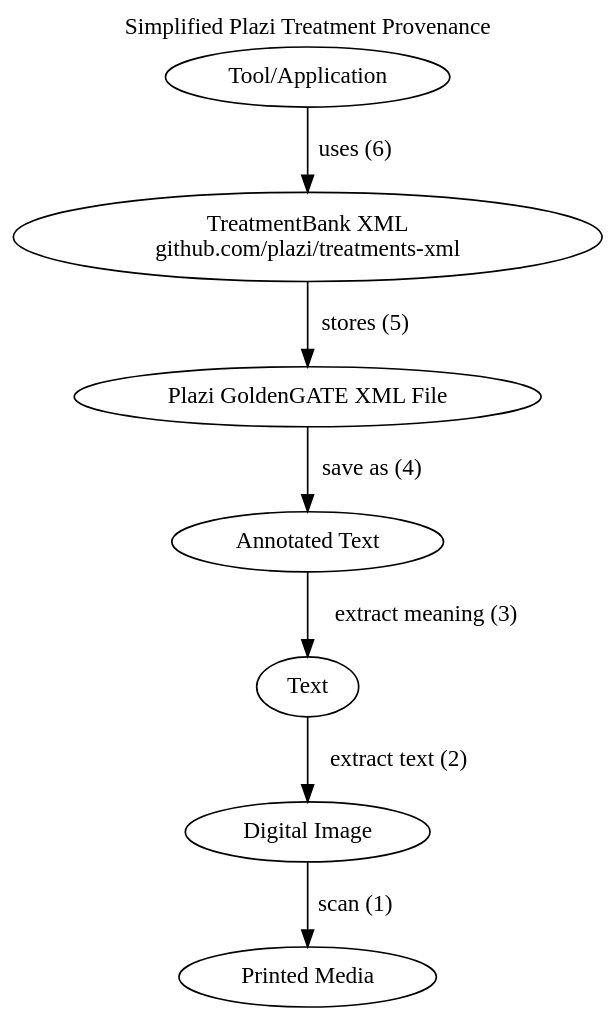
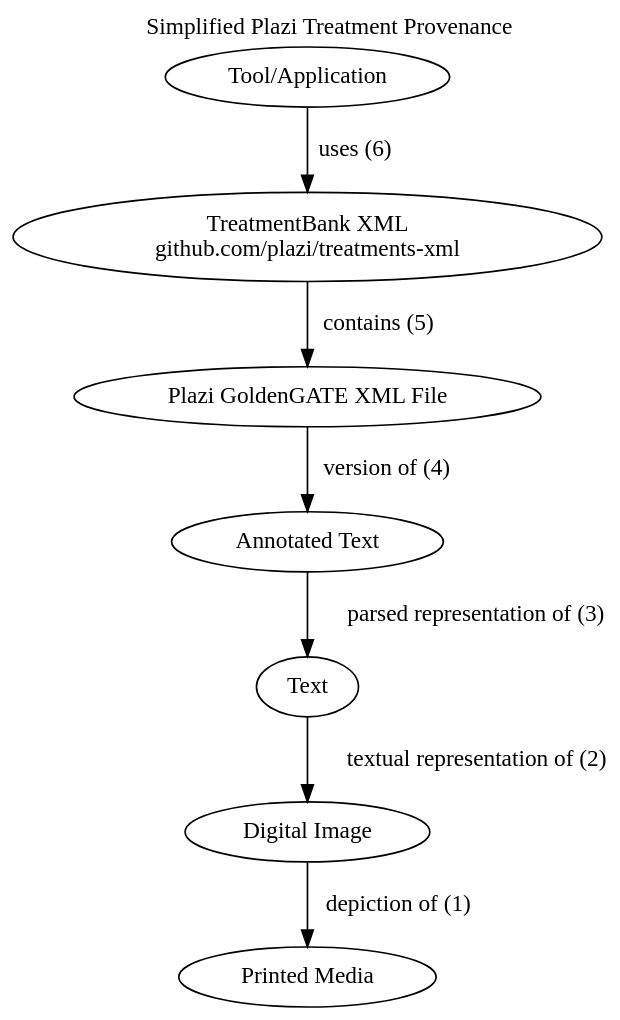
The diagram in plazi-zenodo/assets/plazi-provenance.dot (globalbioticinteractions/globalbioticinteractions.github.io), drawn with Graphviz before and after one commit. The commit also changed 1 other file, not shown here.

Commit message:
update plazi provenance diagram

```diff
--- a/plazi-zenodo/assets/plazi-provenance.dot
+++ b/plazi-zenodo/assets/plazi-provenance.dot
@@ -1,23 +1,23 @@
 digraph pairwise {
     bgcolor="transparent";
     labelloc="t";
     label="Simplified Plazi Treatment Provenance";
     a1 [label="Printed Media"];
     b1 [label="Digital Image"];
     c1 [label="Text"];
     d1 [label="Annotated Text"];
     e1 [label="Plazi GoldenGATE XML File"];
     f1 [label="TreatmentBank XML\ngithub.com/plazi/treatments-xml"];
     g1 [label="Tool/Application"];
     //{ rank=same;
-    b1 -> a1 [label="scan (1)"];
-    c1 -> b1 [label="extract text (2)"];
+    b1 -> a1 [label="depiction of (1)"];
+    c1 -> b1 [label="textual representation of (2)"];
     //};
     //{ 
 
-    d1 -> c1 [label="extract meaning (3)"];
-    e1 -> d1 [label="save as (4)"];
-    f1 -> e1 [label="stores (5)"];
+    d1 -> c1 [label="parsed representation of (3)"];
+    e1 -> d1 [label="version of (4)"];
+    f1 -> e1 [label="contains (5)"];
     g1 -> f1 [label="uses (6)"];
     //};
 }
```
